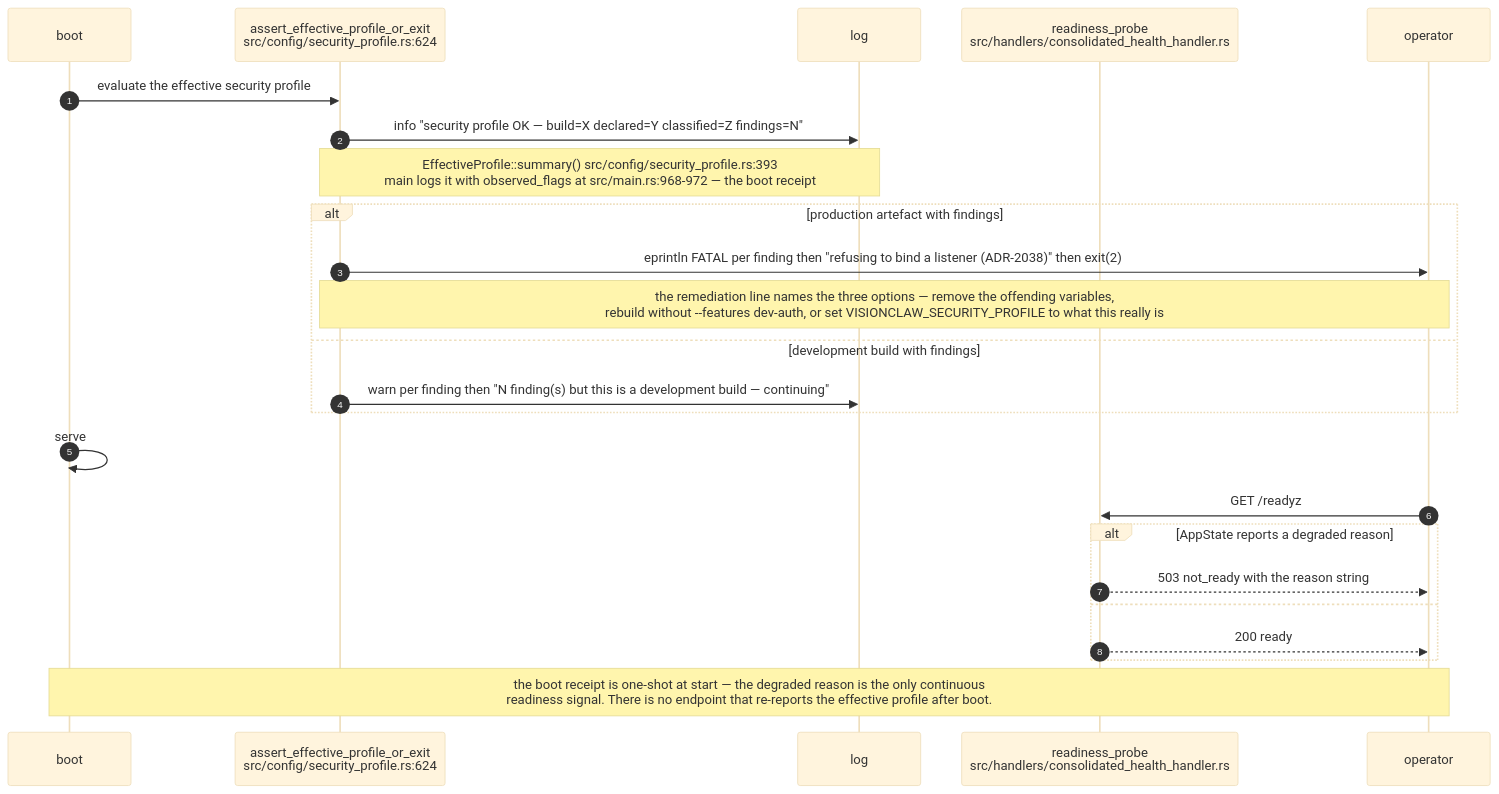
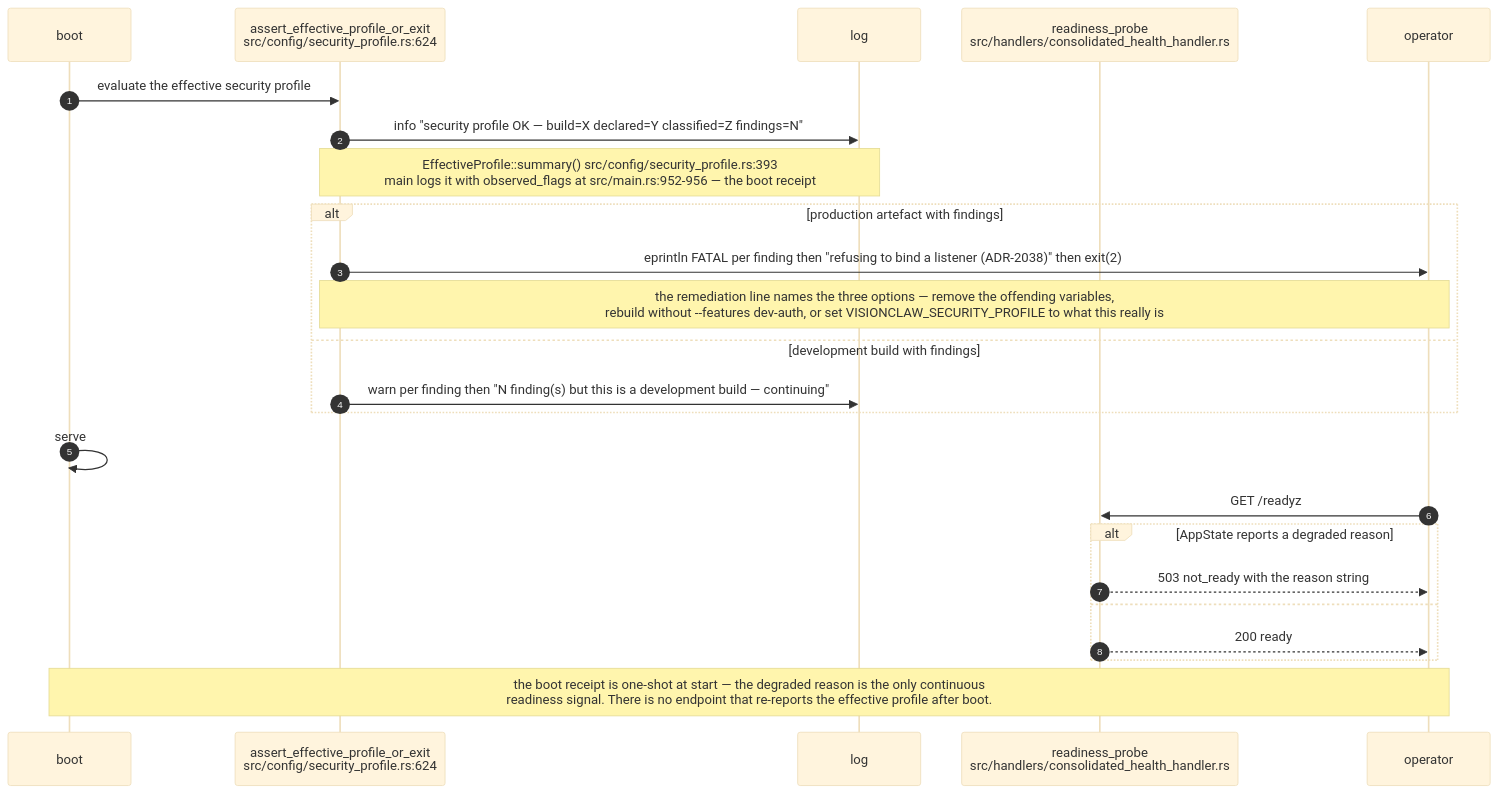
One commit to DreamLab-AI/VisionFlow changed the ninth of 9 diagrams in docs/diagrams/visionclaw/08-observability-health-and-dev-loop.md. Above: the diagram before and after it, drawn with Mermaid (base theme). The commit also changed other lines of this file and 7 other files, not shown here.

````diff
--- a/docs/diagrams/visionclaw/08-observability-health-and-dev-loop.md
+++ b/docs/diagrams/visionclaw/08-observability-health-and-dev-loop.md
@@ -333,27 +333,27 @@
 ```mermaid
 sequenceDiagram
     autonumber
     participant B as boot
     participant P as assert_effective_profile_or_exit<br/>src/config/security_profile.rs:624
     participant L as log
     participant R as readiness_probe<br/>src/handlers/consolidated_health_handler.rs
     participant O as operator
 
     B->>P: evaluate the effective security profile
     P->>L: info "security profile OK — build=X declared=Y classified=Z findings=N"
-    Note over P,L: EffectiveProfile::summary() src/config/security_profile.rs:393<br/>main logs it with observed_flags at src/main.rs:968-972 — the boot receipt
+    Note over P,L: EffectiveProfile::summary() src/config/security_profile.rs:393<br/>main logs it with observed_flags at src/main.rs:952-956 — the boot receipt
     alt production artefact with findings
         P->>O: eprintln FATAL per finding then "refusing to bind a listener (ADR-2038)" then exit(2)
         Note over P,O: the remediation line names the three options — remove the offending variables,<br/>rebuild without --features dev-auth, or set VISIONCLAW_SECURITY_PROFILE to what this really is
     else development build with findings
         P->>L: warn per finding then "N finding(s) but this is a development build — continuing"
     end
     B->>B: serve
     O->>R: GET /readyz
     alt AppState reports a degraded reason
         R-->>O: 503 not_ready with the reason string
     else
         R-->>O: 200 ready
     end
     Note over B,O: the boot receipt is one-shot at start — the degraded reason is the only continuous<br/>readiness signal. There is no endpoint that re-reports the effective profile after boot.
 ```
````
